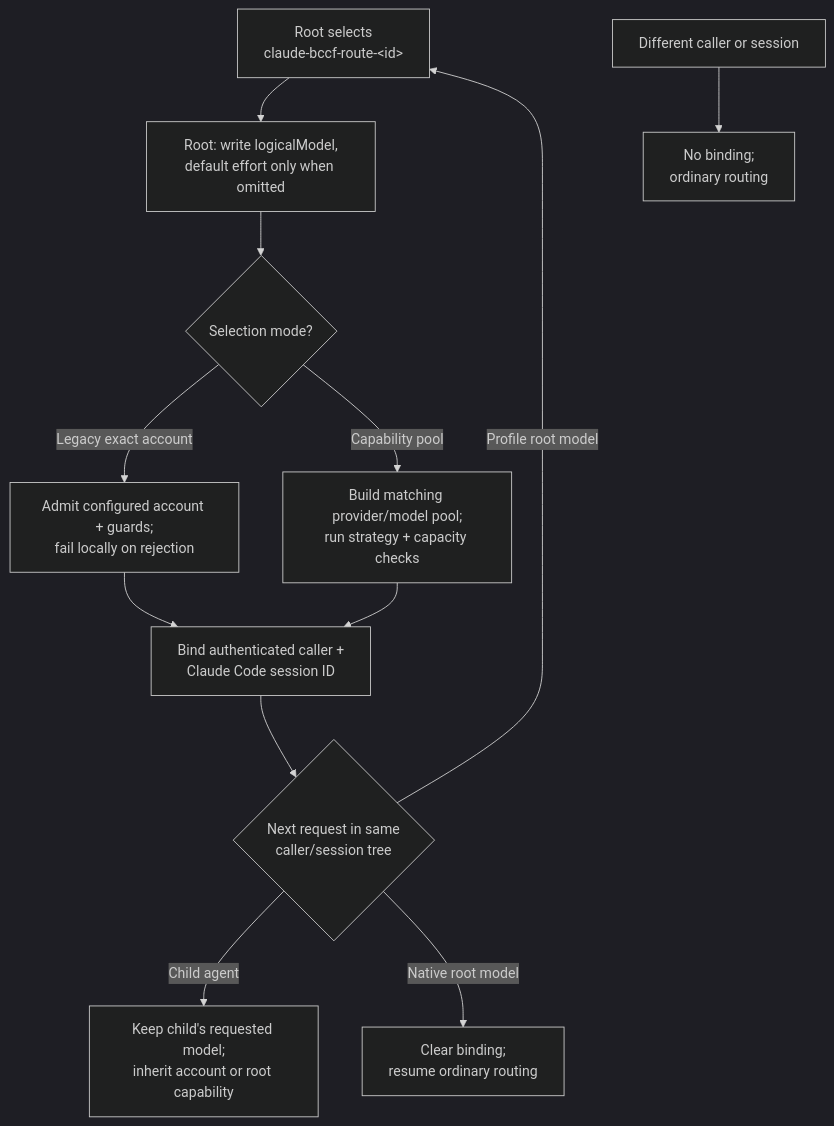
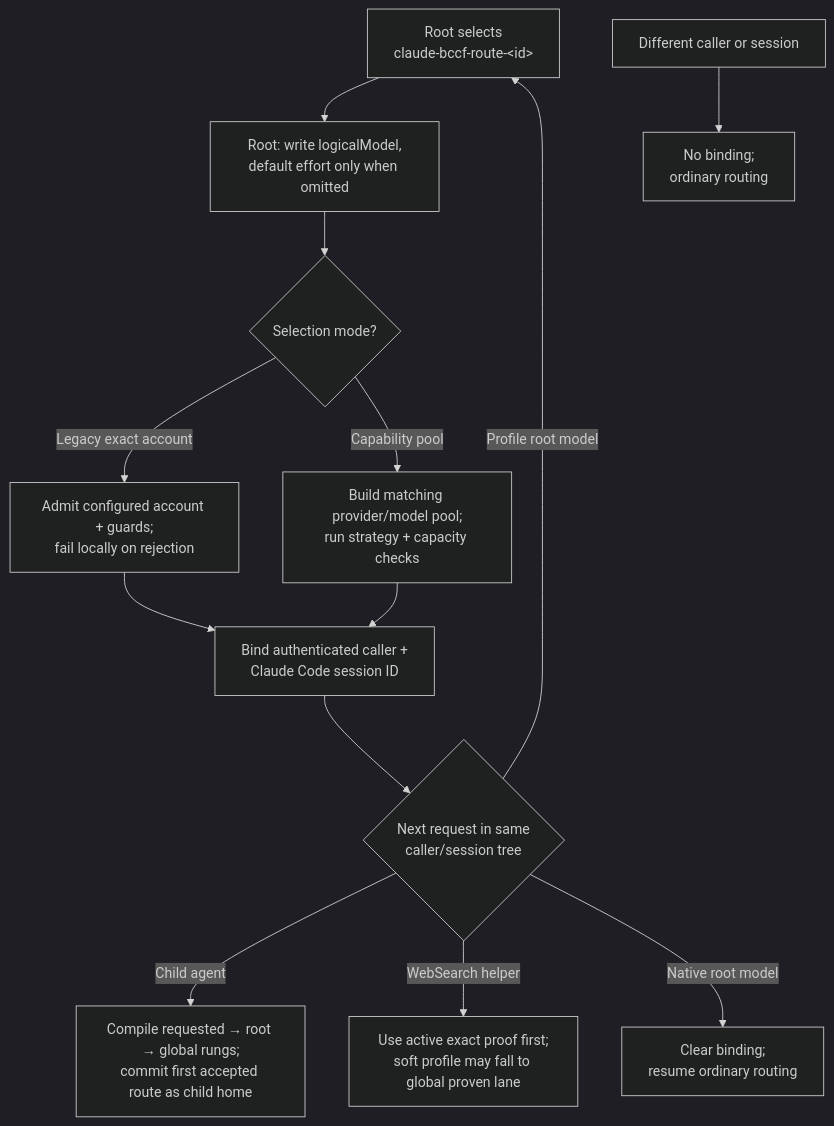
The second of 9 diagrams in docs/routing-architecture.md (StartupBros-com/better-ccflare), drawn with Mermaid (dark theme) before and after one commit. The commit also changed other lines of this file and 34 other files, not shown here.

First line of the commit message:
fix(proxy): preserve capability profile routing for descendants (#286)

````diff
--- a/docs/routing-architecture.md
+++ b/docs/routing-architecture.md
@@ -92,14 +98,15 @@
 ```mermaid
 flowchart TD
     A["Root selects<br/>claude-bccf-route-&lt;id&gt;"] --> C["Root: write logicalModel,<br/>default effort only when omitted"]
     C --> D{"Selection mode?"}
     D -->|"Legacy exact account"| D1["Admit configured account + guards;<br/>fail locally on rejection"]
     D -->|"Capability pool"| D2["Build matching provider/model pool;<br/>run strategy + capacity checks"]
     D1 --> B["Bind authenticated caller +<br/>Claude Code session ID"]
     D2 --> B
     B --> E{"Next request in same<br/>caller/session tree"}
-    E -->|"Child agent"| F["Keep child's requested model;<br/>inherit account or root capability"]
+    E -->|"Child agent"| F["Compile requested → root → global rungs;<br/>commit first accepted route as child home"]
+    E -->|"WebSearch helper"| H2["Use active exact proof first;<br/>soft profile may fall to global proven lane"]
     E -->|"Native root model"| G["Clear binding;<br/>resume ordinary routing"]
     E -->|"Profile root model"| A
     H["Different caller or session"] --> I["No binding;<br/>ordinary routing"]
 ```
````
